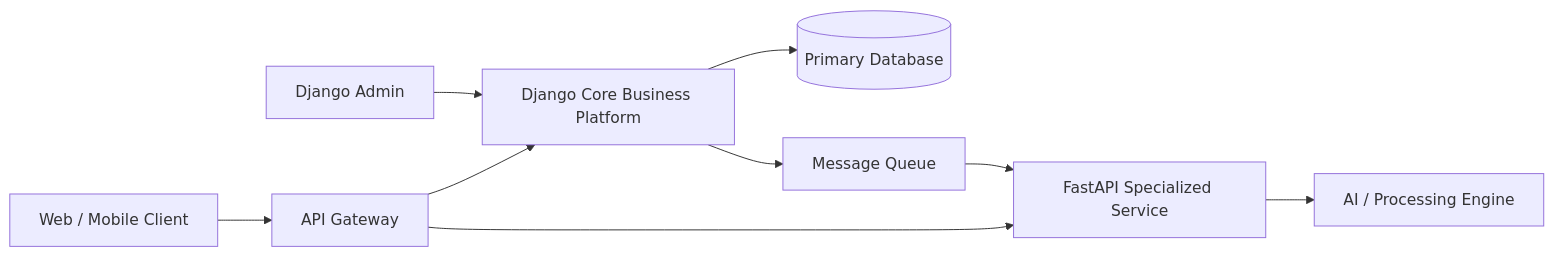
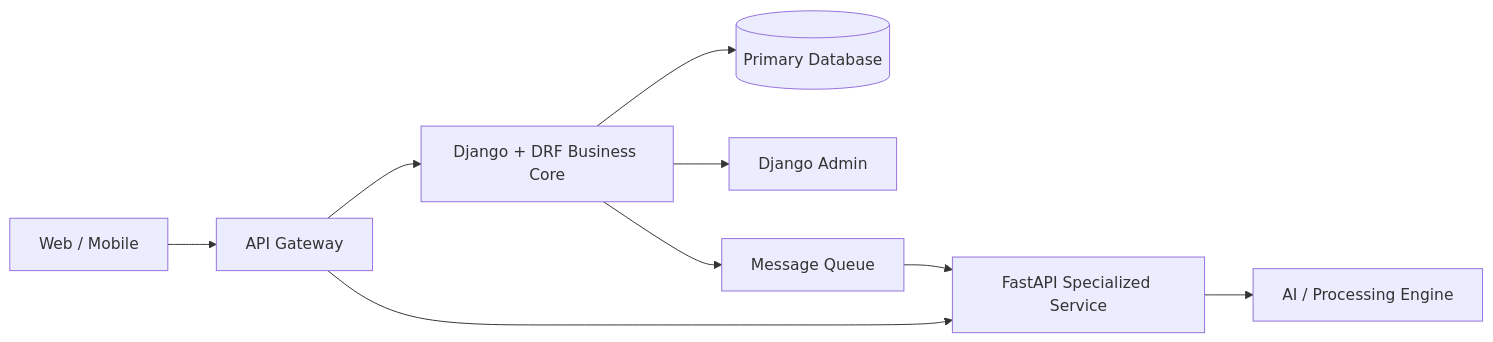
One commit to AvadhBhalodiya/Interview-Preparation changed the second of 3 diagrams in src/content/fastapi/fastapi-vs-django.md. Above: the diagram before and after it, drawn with Mermaid. The commit also changed other lines of this file and 80 other files, not shown here.

````diff
--- a/src/content/fastapi/fastapi-vs-django.md
+++ b/src/content/fastapi/fastapi-vs-django.md
@@ -1034,20 +528,11 @@
 ```mermaid
 flowchart LR
-    Client[Web / Mobile Client]
-    Gateway[API Gateway]
-    Django[Django Core Business Platform]
-    Admin[Django Admin]
-    FastAPI[FastAPI Specialized Service]
-    DB[(Primary Database)]
-    Model[AI / Processing Engine]
-    Queue[Message Queue]
-
-    Client --> Gateway
-    Gateway --> Django
-    Gateway --> FastAPI
-    Django --> DB
-    Admin --> Django
-    Django --> Queue
+    Client[Web / Mobile] --> Gateway[API Gateway]
+    Gateway --> Django[Django + DRF Business Core]
+    Gateway --> FastAPI[FastAPI Specialized Service]
+    Django --> DB[(Primary Database)]
+    Django --> Admin[Django Admin]
+    Django --> Queue[Message Queue]
     Queue --> FastAPI
-    FastAPI --> Model
+    FastAPI --> AI[AI / Processing Engine]
 ```
````
